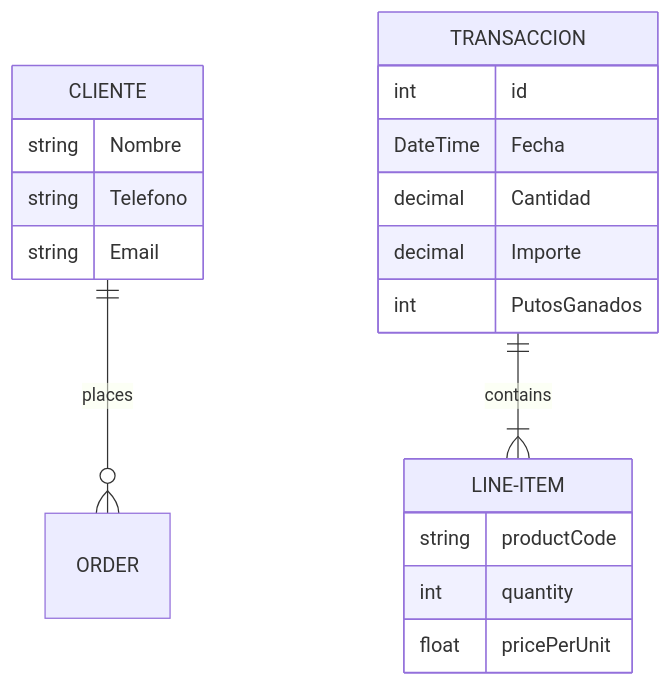
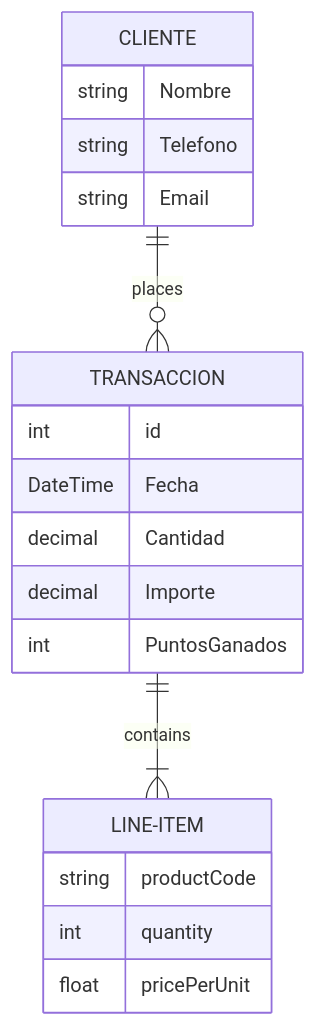
The diagram in DIAGRAMA.md (leavendano/Salpat.Clientes), drawn with Mermaid before and after one commit.

Commit message:
Actualizar diagrama entidad

````diff
--- a/DIAGRAMA.md
+++ b/DIAGRAMA.md
@@ -2,23 +2,23 @@
 ```mermaid
 erDiagram
-    CLIENTE ||--o{ ORDER : places
+    CLIENTE ||--o{ TRANSACCION : places
     CLIENTE {
         string Nombre
         string Telefono
         string Email
     }
     TRANSACCION ||--|{ LINE-ITEM : contains
     TRANSACCION {
         int id
         DateTime Fecha
         decimal Cantidad
         decimal Importe
-        int PutosGanados
+        int PuntosGanados
     }
     LINE-ITEM {
         string productCode
         int quantity
         float pricePerUnit
     }
 
 ```
````
